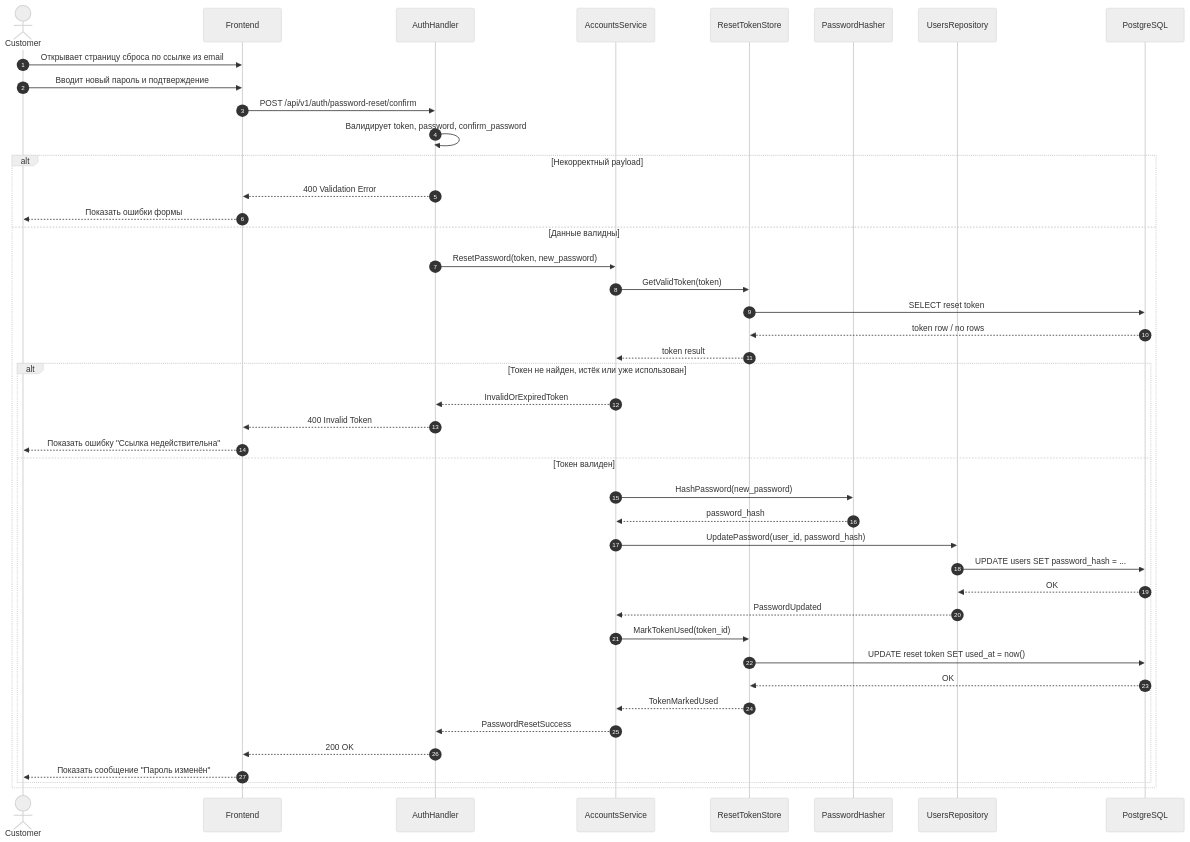
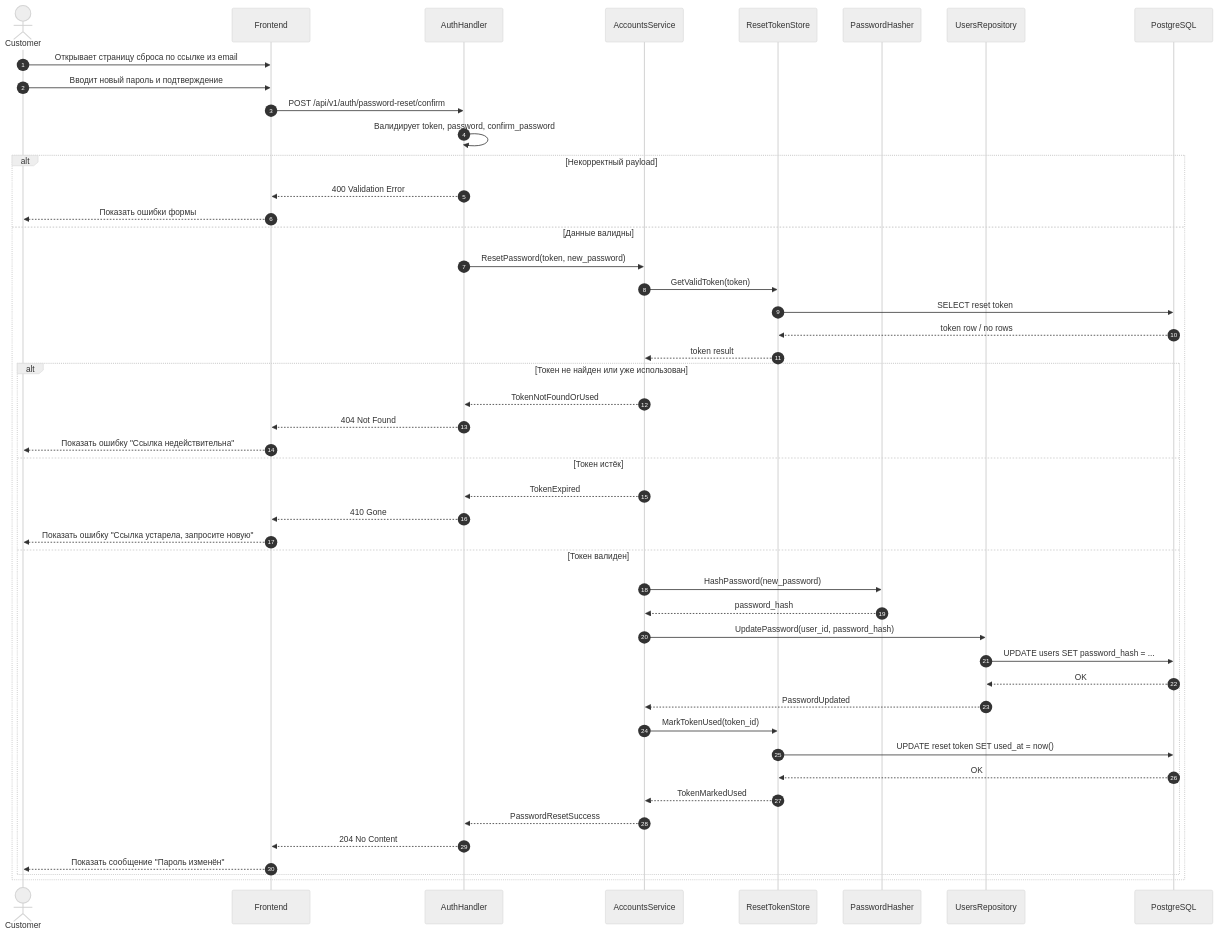
Before and after one commit to k3llone/TrackLink: the diagram in docs/Sequence/SD-05.md, drawn with Mermaid (neutral theme). The commit also changed 8 other files, not shown here.

````diff
--- a/docs/Sequence/SD-05.md
+++ b/docs/Sequence/SD-05.md
@@ -3,53 +3,57 @@
 ```mermaid
 sequenceDiagram
     autonumber
 
     actor Customer
     participant FE as Frontend
     participant AH as AuthHandler
     participant AS as AccountsService
     participant RT as ResetTokenStore
     participant PH as PasswordHasher
     participant UR as UsersRepository
     participant DB as PostgreSQL
 
     Customer->>FE: Открывает страницу сброса по ссылке из email
     Customer->>FE: Вводит новый пароль и подтверждение
     FE->>AH: POST /api/v1/auth/password-reset/confirm
 
     AH->>AH: Валидирует token, password, confirm_password
     alt Некорректный payload
         AH-->>FE: 400 Validation Error
         FE-->>Customer: Показать ошибки формы
     else Данные валидны
         AH->>AS: ResetPassword(token, new_password)
 
         AS->>RT: GetValidToken(token)
         RT->>DB: SELECT reset token
         DB-->>RT: token row / no rows
         RT-->>AS: token result
 
-        alt Токен не найден, истёк или уже использован
-            AS-->>AH: InvalidOrExpiredToken
-            AH-->>FE: 400 Invalid Token
+        alt Токен не найден или уже использован
+            AS-->>AH: TokenNotFoundOrUsed
+            AH-->>FE: 404 Not Found
             FE-->>Customer: Показать ошибку "Ссылка недействительна"
+        else Токен истёк
+            AS-->>AH: TokenExpired
+            AH-->>FE: 410 Gone
+            FE-->>Customer: Показать ошибку "Ссылка устарела, запросите новую"
         else Токен валиден
             AS->>PH: HashPassword(new_password)
             PH-->>AS: password_hash
 
             AS->>UR: UpdatePassword(user_id, password_hash)
             UR->>DB: UPDATE users SET password_hash = ...
             DB-->>UR: OK
             UR-->>AS: PasswordUpdated
 
             AS->>RT: MarkTokenUsed(token_id)
             RT->>DB: UPDATE reset token SET used_at = now()
             DB-->>RT: OK
             RT-->>AS: TokenMarkedUsed
 
             AS-->>AH: PasswordResetSuccess
-            AH-->>FE: 200 OK
+            AH-->>FE: 204 No Content
             FE-->>Customer: Показать сообщение "Пароль изменён"
         end
     end
 ```
````
